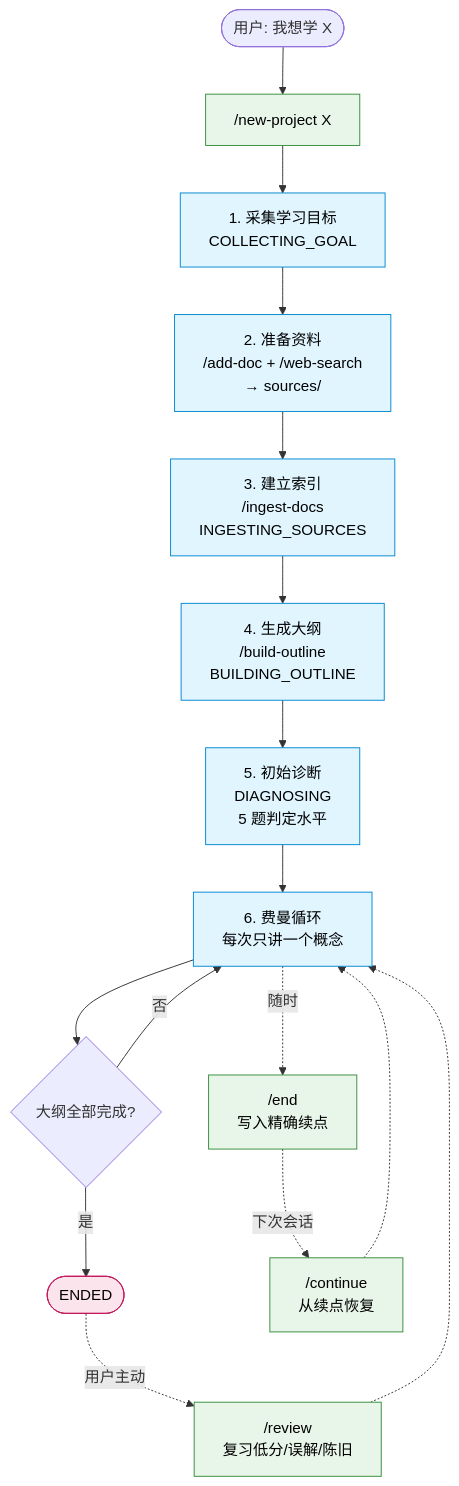
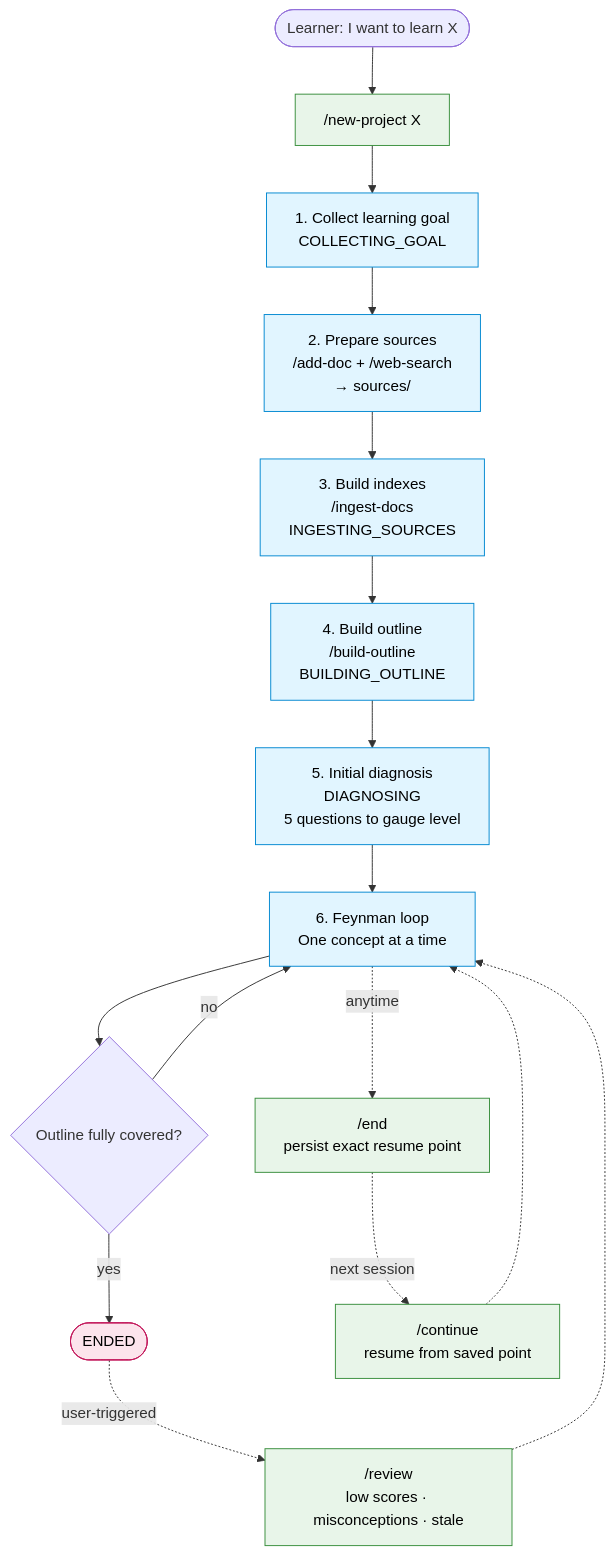
The first of 2 diagrams in README.md (elowen53/feynman-learning), drawn with Mermaid before and after one commit. The commit also changed other lines of this file and 2 other files, not shown here.

````diff
--- a/README.md
+++ b/README.md
@@ -24,28 +26,28 @@
 ```mermaid
 flowchart TD
-    Start(["用户: 我想学 X"]) --> NP["/new-project X"]
-    NP --> G1["1. 采集学习目标<br/>COLLECTING_GOAL"]
-    G1 --> G2["2. 准备资料<br/>/add-doc + /web-search<br/>→ sources/"]
-    G2 --> G3["3. 建立索引<br/>/ingest-docs<br/>INGESTING_SOURCES"]
-    G3 --> G4["4. 生成大纲<br/>/build-outline<br/>BUILDING_OUTLINE"]
-    G4 --> G5["5. 初始诊断<br/>DIAGNOSING<br/>5 题判定水平"]
-    G5 --> G6["6. 费曼循环<br/>每次只讲一个概念"]
-    G6 --> G7{"大纲全部完成?"}
-    G7 -->|否| G6
-    G7 -->|是| G8(["ENDED"])
+    Start(["Learner: I want to learn X"]) --> NP["/new-project X"]
+    NP --> G1["1. Collect learning goal<br/>COLLECTING_GOAL"]
+    G1 --> G2["2. Prepare sources<br/>/add-doc + /web-search<br/>→ sources/"]
+    G2 --> G3["3. Build indexes<br/>/ingest-docs<br/>INGESTING_SOURCES"]
+    G3 --> G4["4. Build outline<br/>/build-outline<br/>BUILDING_OUTLINE"]
+    G4 --> G5["5. Initial diagnosis<br/>DIAGNOSING<br/>5 questions to gauge level"]
+    G5 --> G6["6. Feynman loop<br/>One concept at a time"]
+    G6 --> G7{"Outline fully covered?"}
+    G7 -->|no| G6
+    G7 -->|yes| G8(["ENDED"])
 
-    G6 -.->|随时| Save["/end<br/>写入精确续点"]
-    Save -.->|下次会话| Resume["/continue<br/>从续点恢复"]
+    G6 -.->|anytime| Save["/end<br/>persist exact resume point"]
+    Save -.->|next session| Resume["/continue<br/>resume from saved point"]
     Resume -.-> G6
 
-    G8 -.->|用户主动| Rev["/review<br/>复习低分/误解/陈旧"]
+    G8 -.->|user-triggered| Rev["/review<br/>low scores · misconceptions · stale"]
     Rev -.-> G6
 
     classDef phase fill:#e1f5ff,stroke:#0288d1,color:#000
     classDef cmd fill:#e8f5e9,stroke:#388e3c,color:#000
     classDef done fill:#fce4ec,stroke:#c2185b,color:#000
 
     class G1,G2,G3,G4,G5,G6 phase
     class NP,Save,Resume,Rev cmd
     class G8 done
 ```
````
